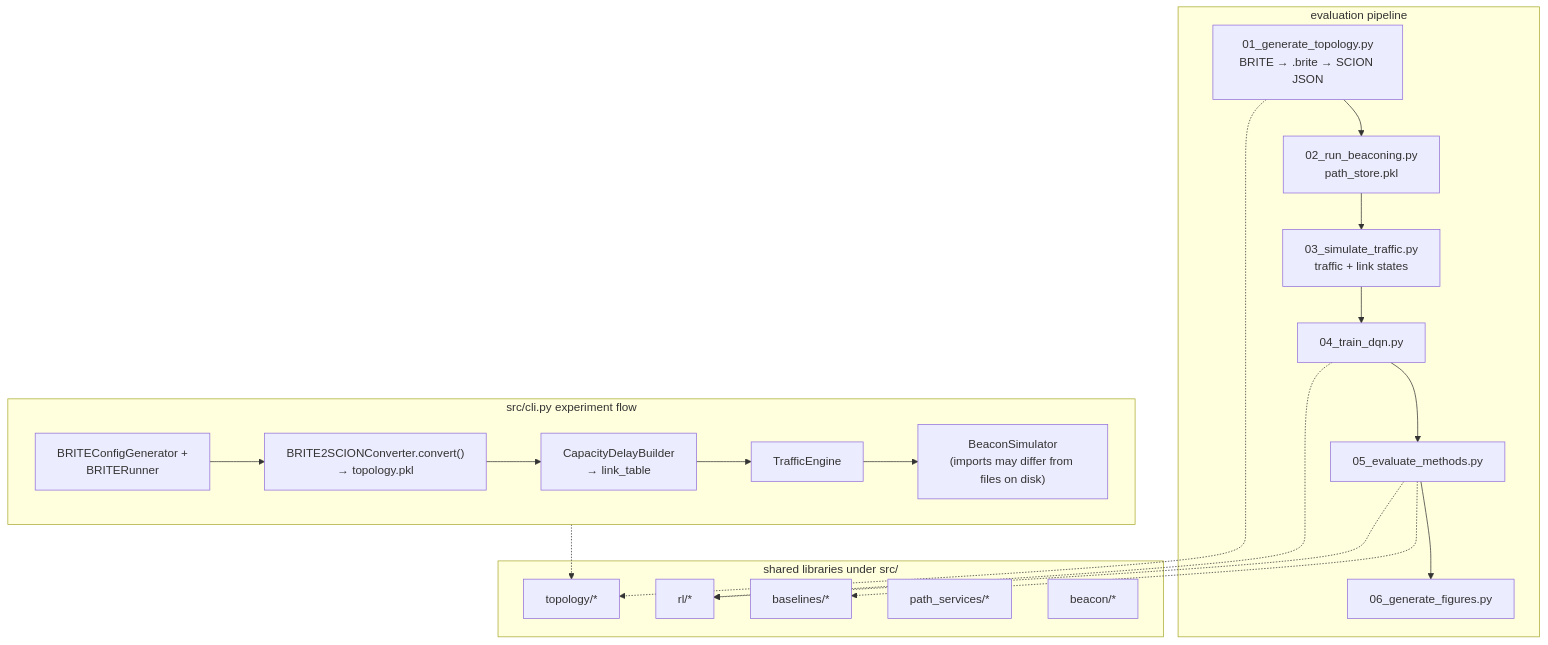
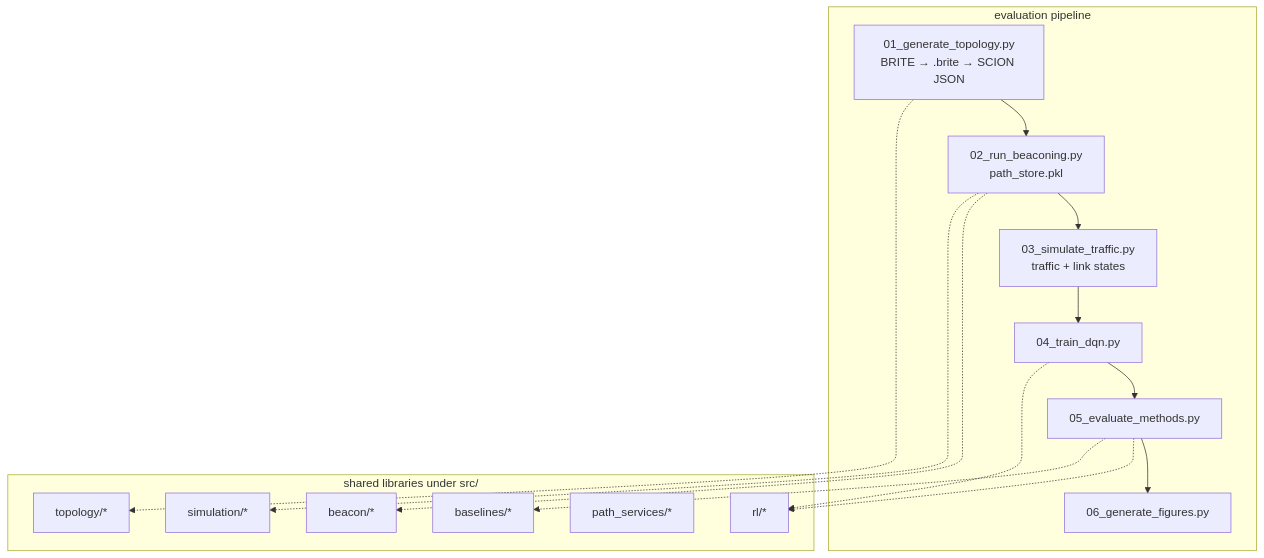
The diagram in WALKTHROUGH.md (OctaveCharrin/scion-dqn-sim), drawn with Mermaid before and after one commit. The commit also changed other lines of this file and 4 other files, not shown here.

````diff
--- a/WALKTHROUGH.md
+++ b/WALKTHROUGH.md
@@ -20,35 +22,28 @@
 ```mermaid
 flowchart TB
   subgraph eval_pipeline [evaluation pipeline]
     E01["01_generate_topology.py\nBRITE → .brite → SCION JSON"]
     E02["02_run_beaconing.py\npath_store.pkl"]
     E03["03_simulate_traffic.py\ntraffic + link states"]
     E04["04_train_dqn.py"]
     E05["05_evaluate_methods.py"]
     E06["06_generate_figures.py"]
     E01 --> E02 --> E03 --> E04 --> E05 --> E06
   end
 
-  subgraph cli_flow [src/cli.py experiment flow]
-    BRITE["BRITEConfigGenerator +\nBRITERunner"]
-    CONV["BRITE2SCIONConverter.convert()\n→ topology.pkl"]
-    CAP["CapacityDelayBuilder\n→ link_table"]
-    TRAF["TrafficEngine"]
-    BEAC["BeaconSimulator\n(imports may differ from files on disk)"]
-    BRITE --> CONV --> CAP --> TRAF --> BEAC
-  end
-
   subgraph libs [shared libraries under src/]
     TOP["topology/*"]
+    SIM["simulation/*"]
     RL["rl/*"]
     BASE["baselines/*"]
     PATH["path_services/*"]
     BEA["beacon/*"]
   end
 
   E01 -.-> TOP
+  E02 -.-> BEA
+  E02 -.-> SIM
   E04 -.-> RL
   E05 -.-> RL
   E05 -.-> BASE
-  cli_flow -.-> TOP
 ```
````
